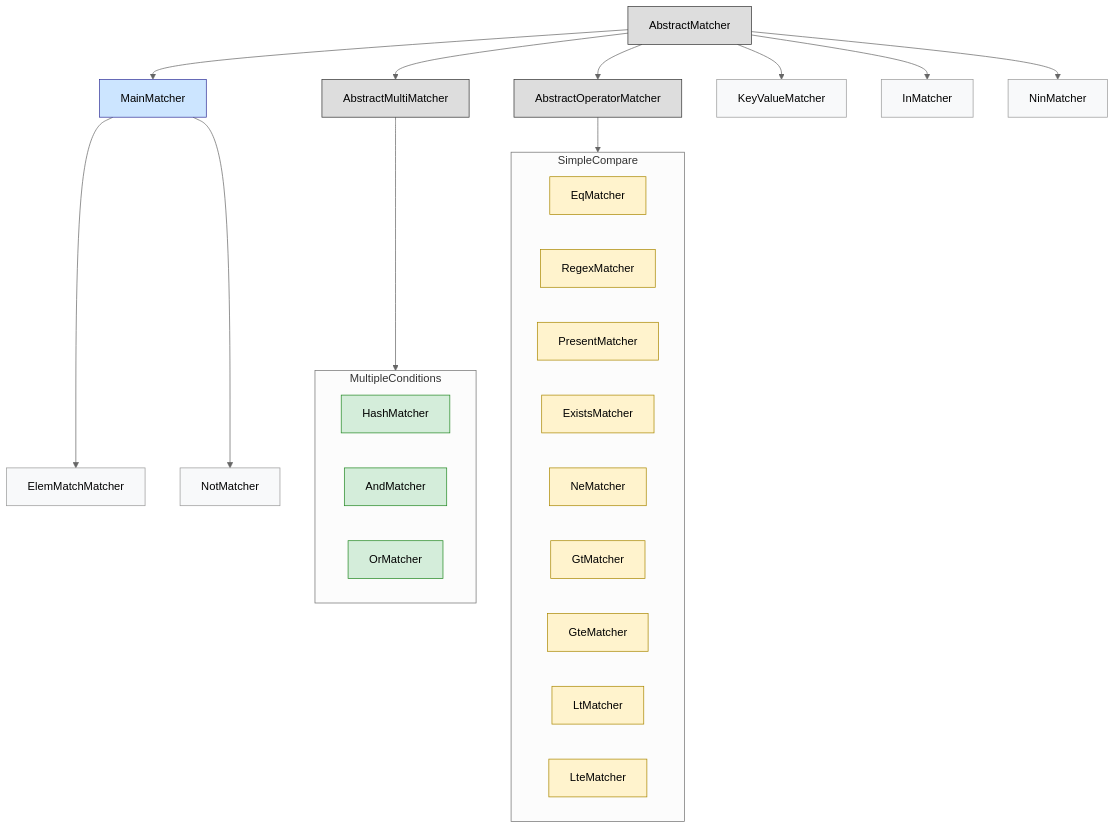
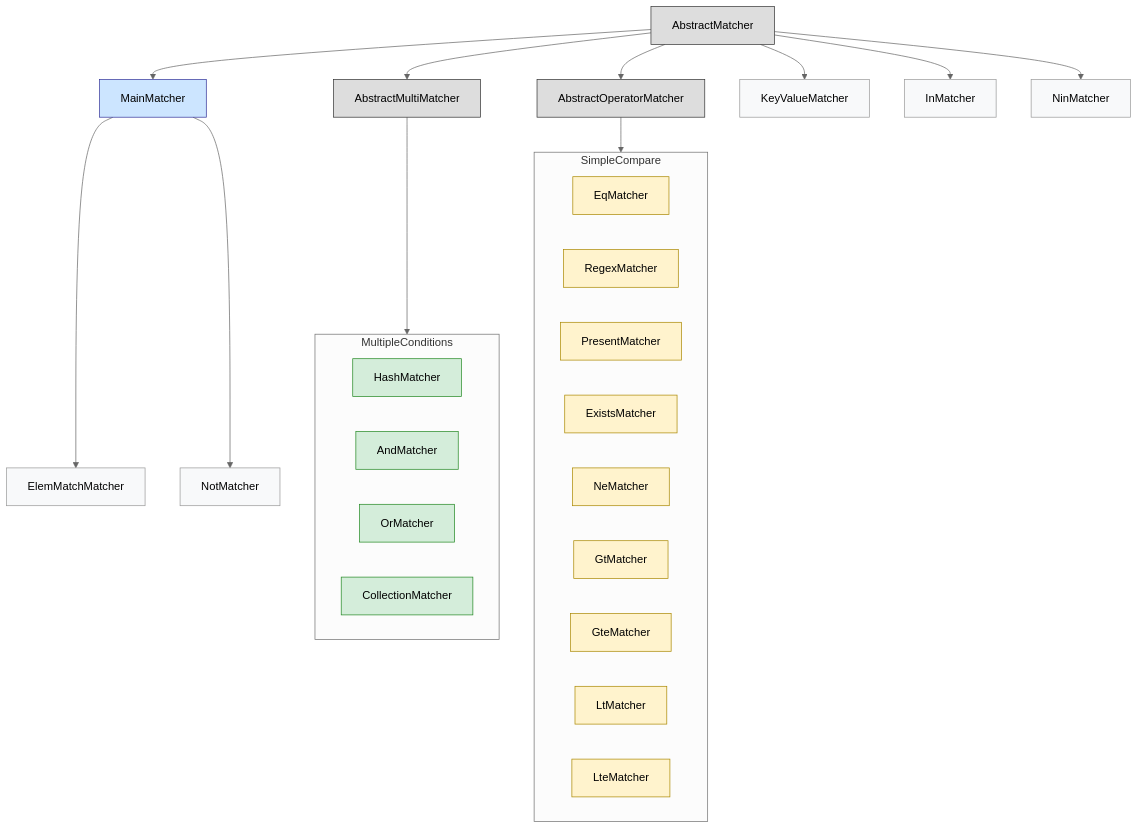
The diagram in lib/mongory/matchers/README.md (koten0224/mongory), drawn with Mermaid before and after one commit. The commit also changed 9 other files, not shown here.

Commit message:
feat(array matcher): Add collection matcher to treat array data

````diff
--- a/lib/mongory/matchers/README.md
+++ b/lib/mongory/matchers/README.md
@@ -3,54 +3,55 @@
 ```mermaid
 ---
 config:
   theme: neutral
   look: classic
 ---
 
 graph TD
   %% style blocks
   classDef abstract fill:#ddd,stroke:#333,stroke-width:1px,color:#000;
   classDef main fill:#cce5ff,stroke:#339,stroke-width:1px;
   classDef multi fill:#d4edda,stroke:#282,stroke-width:1px;
   classDef operator fill:#fff3cd,stroke:#aa8800,stroke-width:1px;
   classDef leaf fill:#f8f9fa,stroke:#999,stroke-width:1px;
 
   %% Abstract base classes
   A[AbstractMatcher]
   C[AbstractMultiMatcher]
   D[AbstractOperatorMatcher]
 
   subgraph MultipleConditions
     F[HashMatcher]
     I[AndMatcher]
     J[OrMatcher]
+    W[CollectionMatcher]
   end
 
   subgraph SimpleCompare
     E[EqMatcher]
     K[RegexMatcher]
     L[PresentMatcher]
     M[ExistsMatcher]
     O[NeMatcher]
     Q[GtMatcher]
     R[GteMatcher]
     S[LtMatcher]
     T[LteMatcher]
   end
 
   A --> B[MainMatcher]
   A --> G[KeyValueMatcher]
   A --> U[InMatcher]
   A --> V[NinMatcher]
   A --> C --> MultipleConditions
   A --> D --> SimpleCompare
   B --> H[ElemMatchMatcher]
   B --> N[NotMatcher]
 
   %% Apply classes
   class A,C,D abstract;
   class B main;
-  class F,I,J multi;
+  class F,I,J,W multi;
   class E,K,L,M,O,Q,R,S,T operator;
   class G,U,V,H,N leaf;
 ```
````
